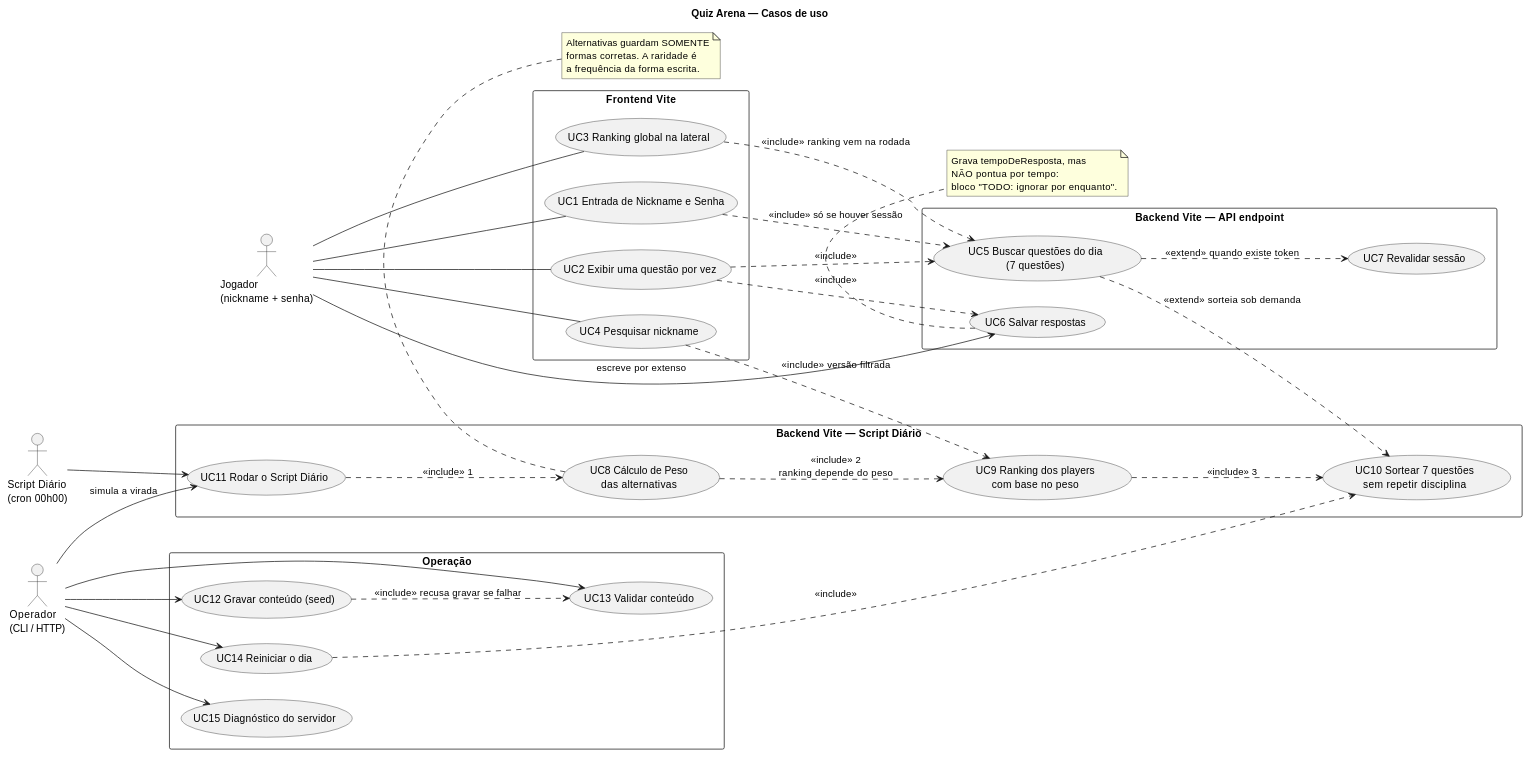
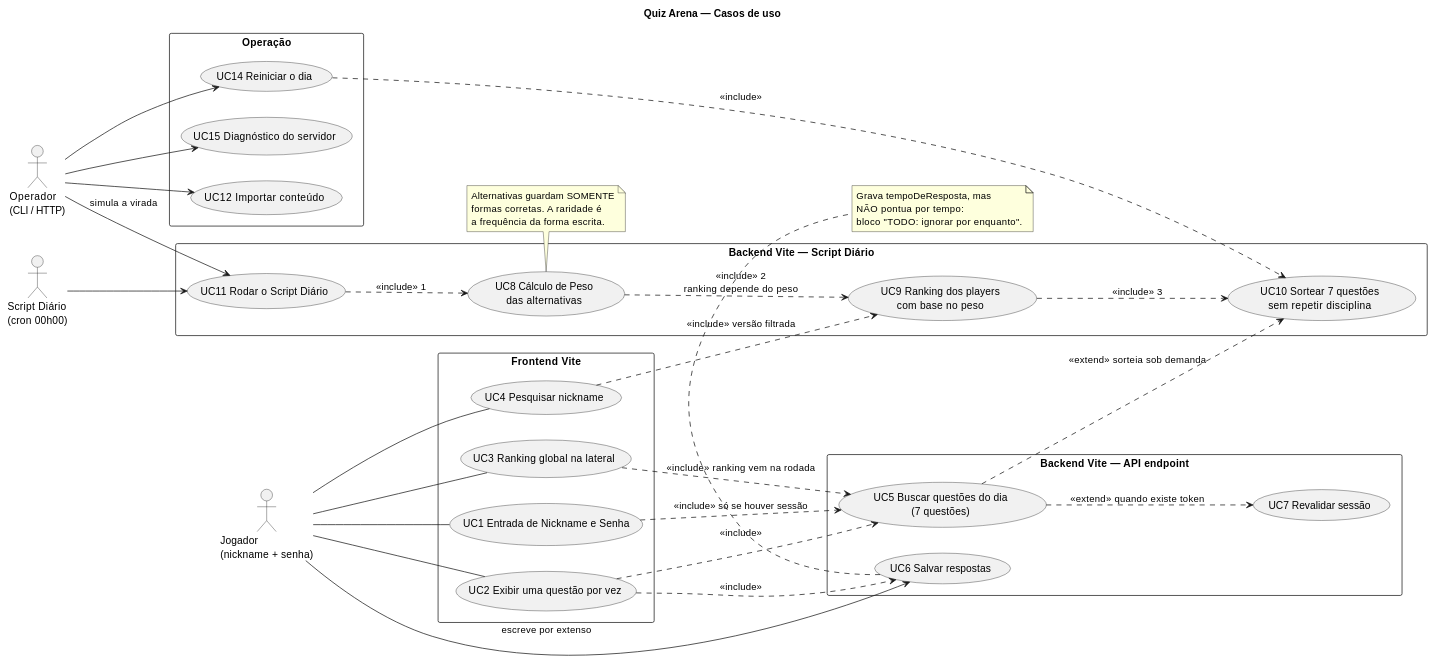
One commit to hashfall/quizarena changed the first of 15 diagrams in Quiz Arena — UML.md. Above: the diagram before and after it, drawn with PlantUML. The commit also changed other lines of this file and 11 other files, not shown here.

````diff
--- a/Quiz Arena — UML.md
+++ b/Quiz Arena — UML.md
@@ -59,80 +59,77 @@
 ```plantuml
 @startuml
 title Quiz Arena — Casos de uso
 left to right direction
 skinparam packageStyle rectangle
 skinparam shadowing false
 
 actor "Jogador\n(nickname + senha)" as Jogador
 actor "Script Diário\n(cron 00h00)" as Cron
 actor "Operador\n(CLI / HTTP)" as Operador
 
 rectangle "Frontend Vite" {
   usecase "UC1 Entrada de Nickname e Senha" as UC1
   usecase "UC2 Exibir uma questão por vez" as UC2
   usecase "UC3 Ranking global na lateral" as UC3
   usecase "UC4 Pesquisar nickname" as UC4
 }
 
 rectangle "Backend Vite — API endpoint" {
   usecase "UC5 Buscar questões do dia\n(7 questões)" as UC5
   usecase "UC6 Salvar respostas" as UC6
   usecase "UC7 Revalidar sessão" as UC7
 }
 
 rectangle "Backend Vite — Script Diário" {
   usecase "UC8 Cálculo de Peso\ndas alternativas" as UC8
   usecase "UC9 Ranking dos players\ncom base no peso" as UC9
   usecase "UC10 Sortear 7 questões\nsem repetir disciplina" as UC10
   usecase "UC11 Rodar o Script Diário" as UC11
 }
 
 rectangle "Operação" {
-  usecase "UC12 Gravar conteúdo (seed)" as UC12
-  usecase "UC13 Validar conteúdo" as UC13
+  usecase "UC12 Importar conteúdo" as UC12
   usecase "UC14 Reiniciar o dia" as UC14
   usecase "UC15 Diagnóstico do servidor" as UC15
 }
 
 Jogador -- UC1
 Jogador -- UC2
 Jogador -- UC3
 Jogador -- UC4
 Jogador --> UC6 : escreve por extenso
 
 UC1 ..> UC5 : <<include>> só se houver sessão
 UC2 ..> UC5 : <<include>>
 UC2 ..> UC6 : <<include>>
 UC5 ..> UC7 : <<extend>> quando existe token
 UC3 ..> UC5 : <<include>> ranking vem na rodada
 UC4 ..> UC9 : <<include>> versão filtrada
 
 Cron --> UC11
 Operador --> UC11 : simula a virada
 Operador --> UC12
-Operador --> UC13
-UC12 ..> UC13 : <<include>> recusa gravar se falhar
 Operador --> UC14
 Operador --> UC15
 
 UC11 ..> UC8 : <<include>> 1
 UC8 ..> UC9 : <<include>> 2\nranking depende do peso
 UC9 ..> UC10 : <<include>> 3
 
 UC5 ..> UC10 : <<extend>> sorteia sob demanda
 UC14 ..> UC10 : <<include>>
 
 note bottom of UC8
   Alternativas guardam SOMENTE
   formas corretas. A raridade é
   a frequência da forma escrita.
 end note
 
 note bottom of UC6
   Grava tempoDeResposta, mas
   NÃO pontua por tempo:
   bloco "TODO: ignorar por enquanto".
 end note
 
 @enduml
 ```
````
